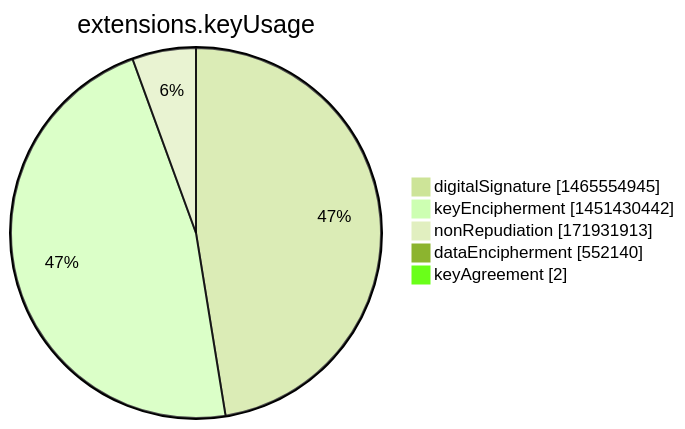
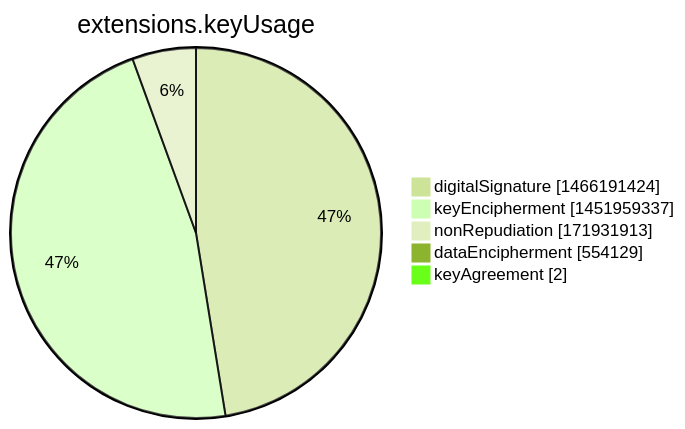
The seventh of 15 diagrams in argon2022/README.md (christiankrug/ctmonitor_visualization), drawn with Mermaid (forest theme) before and after one commit. The commit also changed other lines of this file, not shown here.

````diff
--- a/argon2022/README.md
+++ b/argon2022/README.md
@@ -2751,9 +2751,9 @@
 ```mermaid
 pie showData
 title extensions.keyUsage
-"digitalSignature" :1465554945
-"keyEncipherment" :1451430442
+"digitalSignature" :1466191424
+"keyEncipherment" :1451959337
 "nonRepudiation" :171931913
-"dataEncipherment" :552140
+"dataEncipherment" :554129
 "keyAgreement" :2
 ```
````
